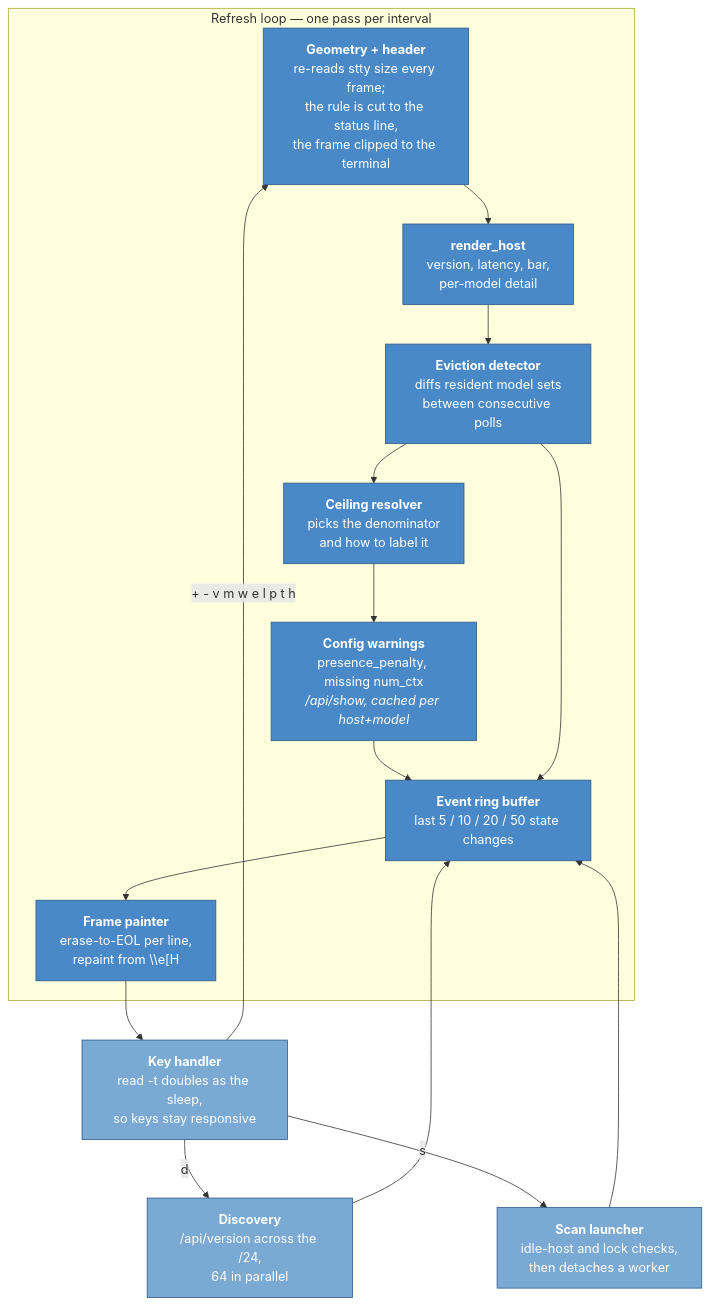
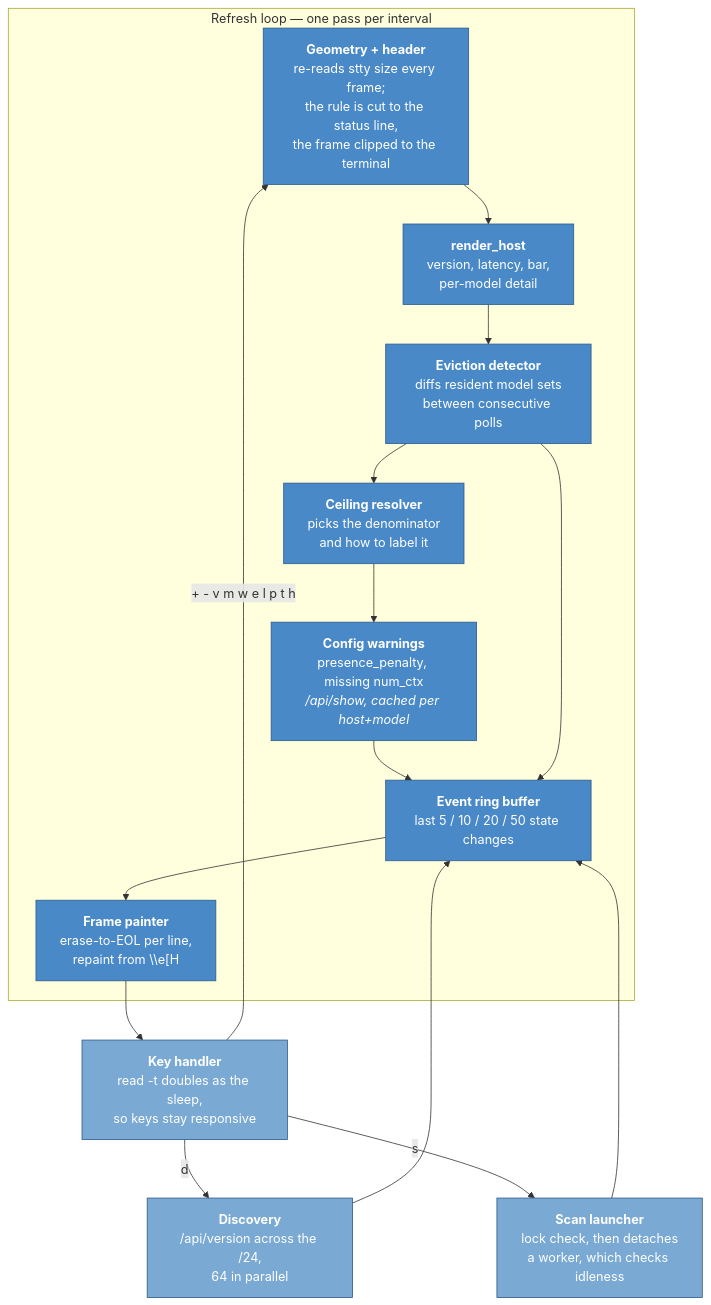
One commit to marcelpetrick/ollamaFarm changed the third of 5 diagrams in docs/architecture.md. Above: the diagram before and after it, drawn with Mermaid. The commit also changed other lines of this file and 5 other files, not shown here.

````diff
--- a/docs/architecture.md
+++ b/docs/architecture.md
@@ -115,30 +119,30 @@
 ```mermaid
 flowchart TB
   subgraph loop ["Refresh loop — one pass per interval"]
     geom["<b>Geometry + header</b><br/>re-reads stty size every frame;<br/>the rule is cut to the status line,<br/>the frame clipped to the terminal"]
     render["<b>render_host</b><br/>version, latency, bar,<br/>per-model detail"]
     diff["<b>Eviction detector</b><br/>diffs resident model sets<br/>between consecutive polls"]
     ceil["<b>Ceiling resolver</b><br/>picks the denominator<br/>and how to label it"]
     warn["<b>Config warnings</b><br/>presence_penalty, missing num_ctx<br/><i>/api/show, cached per host+model</i>"]
     events["<b>Event ring buffer</b><br/>last 5 / 10 / 20 / 50 state changes"]
     paint["<b>Frame painter</b><br/>erase-to-EOL per line,<br/>repaint from \\e[H"]
   end
 
   keys["<b>Key handler</b><br/>read -t doubles as the sleep,<br/>so keys stay responsive"]
   disc["<b>Discovery</b><br/>/api/version across the /24,<br/>64 in parallel"]
-  probe["<b>Scan launcher</b><br/>idle-host and lock checks,<br/>then detaches a worker"]
+  probe["<b>Scan launcher</b><br/>lock check, then detaches<br/>a worker, which checks idleness"]
 
   geom --> render --> diff --> ceil --> warn --> events --> paint
   paint --> keys
   keys -->|"d"| disc
   keys -->|"s"| probe
   keys -->|"+ - v m w e l p t h"| geom
   diff --> events
   disc --> events
   probe --> events
 
   classDef comp fill:#4a89c7,stroke:#2d5a8a,color:#fff
   classDef act fill:#7aa9d4,stroke:#2d5a8a,color:#fff
   class geom,render,diff,ceil,warn,events,paint comp
   class keys,disc,probe act
 ```
````
